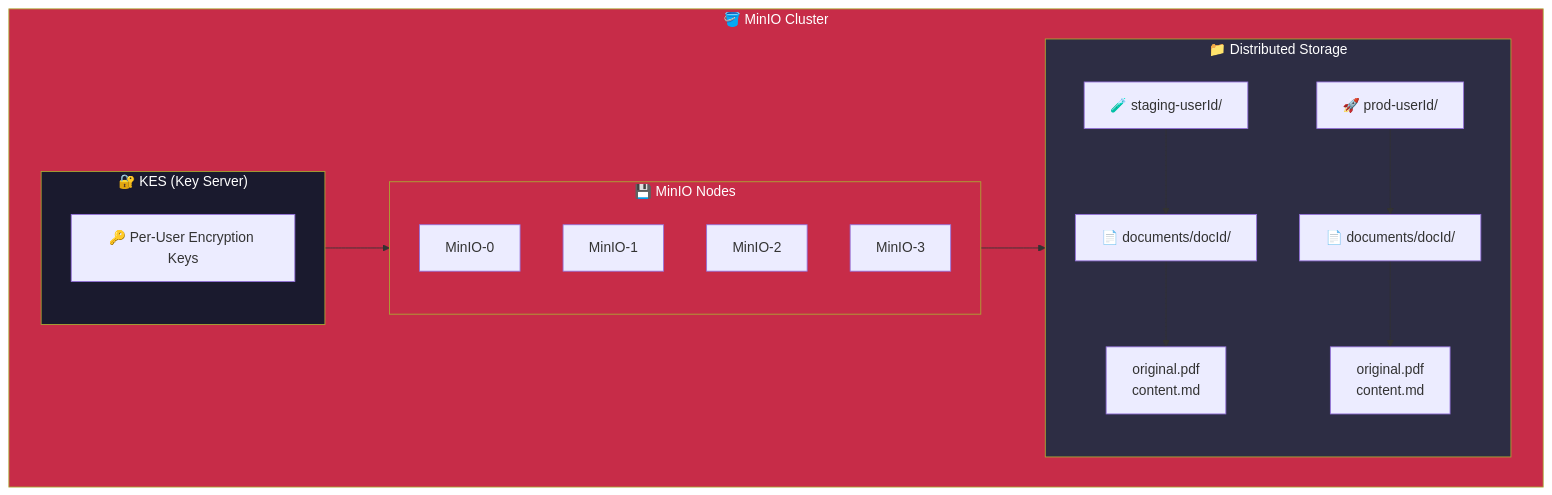
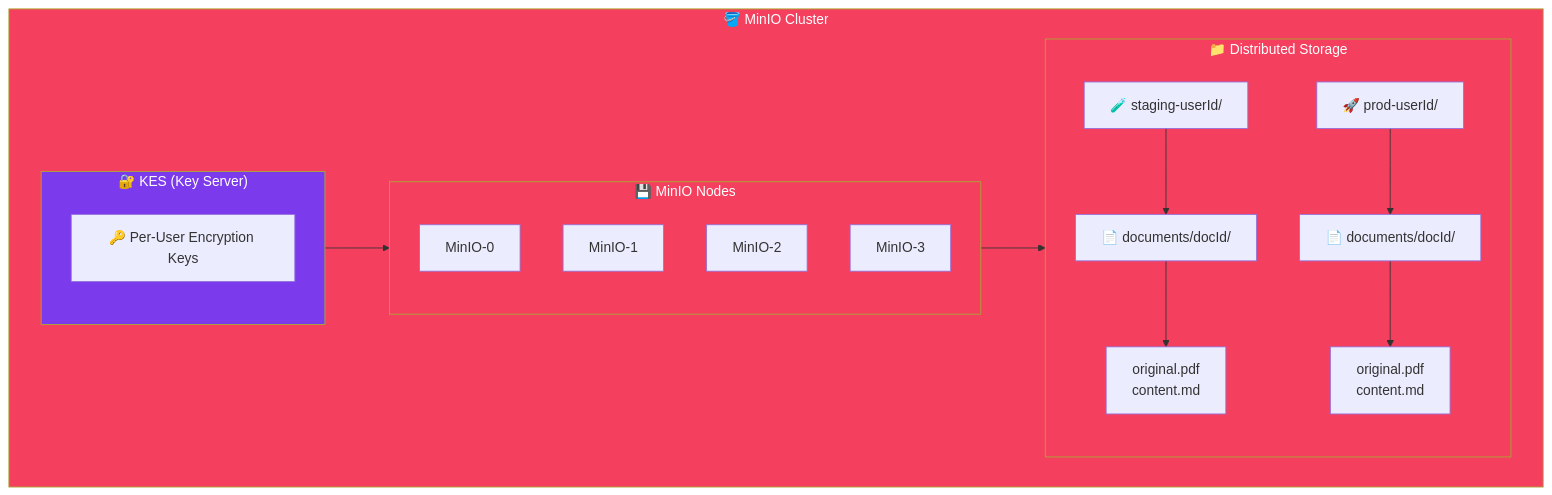
Before and after one commit to viktorrobin/bluerobin-blog: the diagram in src/content/blog/minio-kubernetes-multi-tenant.mdx, drawn with Mermaid. The commit also changed other lines of this file and 127 other files, not shown here.

````diff
--- a/src/content/blog/minio-kubernetes-multi-tenant.mdx
+++ b/src/content/blog/minio-kubernetes-multi-tenant.mdx
@@ -21,33 +34,36 @@
 ```mermaid
 flowchart TB
     subgraph Cluster["🪣 MinIO Cluster"]
         subgraph KES["🔐 KES (Key Server)"]
             Keys["🔑 Per-User Encryption Keys"]
         end
         
         KES --> Nodes
         
         subgraph Nodes["💾 MinIO Nodes"]
             M0["MinIO-0"]
             M1["MinIO-1"]
             M2["MinIO-2"]
             M3["MinIO-3"]
         end
         
         Nodes --> Storage
         
         subgraph Storage["📁 Distributed Storage"]
             Staging["🧪 staging-userId/"]
             Prod["🚀 prod-userId/"]
             Staging --> Docs1["📄 documents/docId/"]
             Prod --> Docs2["📄 documents/docId/"]
             Docs1 --> Files1["original.pdf\ncontent.md"]
             Docs2 --> Files2["original.pdf\ncontent.md"]
         end
     end
 
-    style Cluster fill:#c72c48,color:#fff
-    style KES fill:#1a1a2e,color:#fff
-    style Nodes fill:#c72c48,color:#fff
-    style Storage fill:#2d2d44,color:#fff
+    classDef primary fill:#7c3aed,color:#fff
+    classDef secondary fill:#06b6d4,color:#fff
+    classDef db fill:#f43f5e,color:#fff
+    classDef warning fill:#fbbf24,color:#000
+
+    class KES primary
+    class Cluster,Nodes,Storage db
 ```
````
